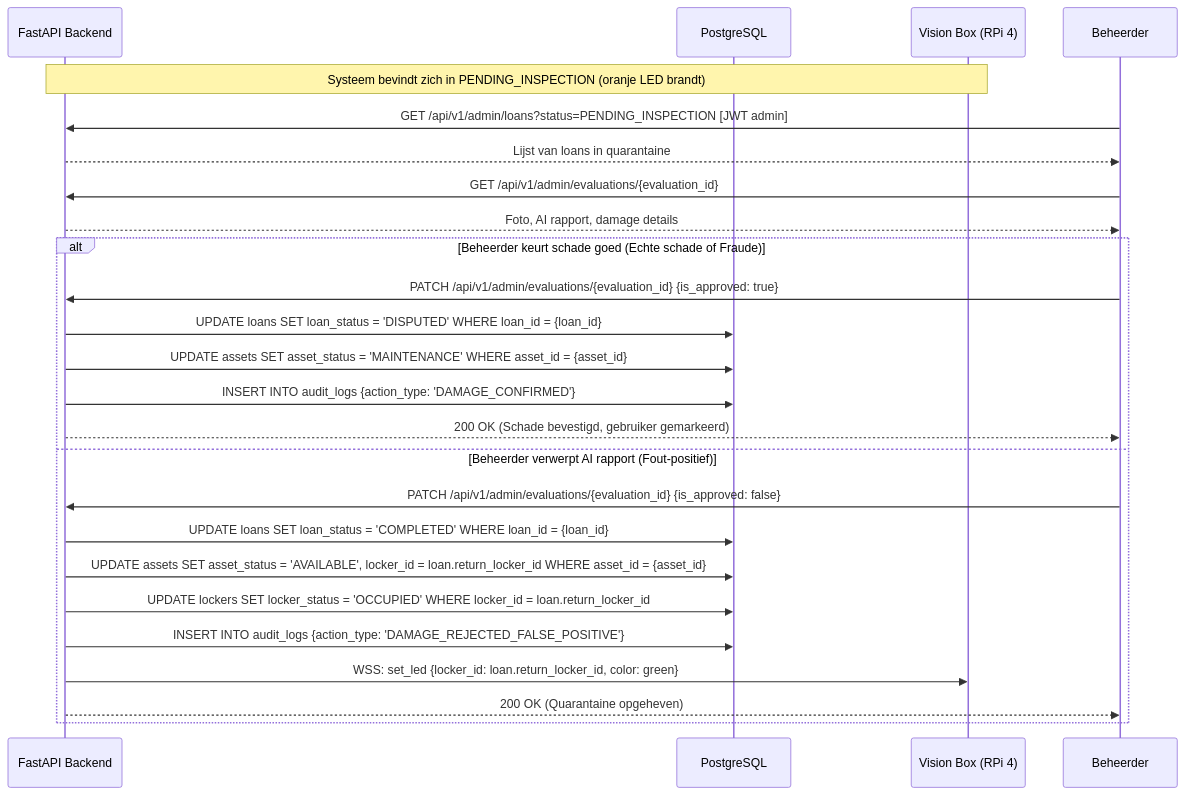
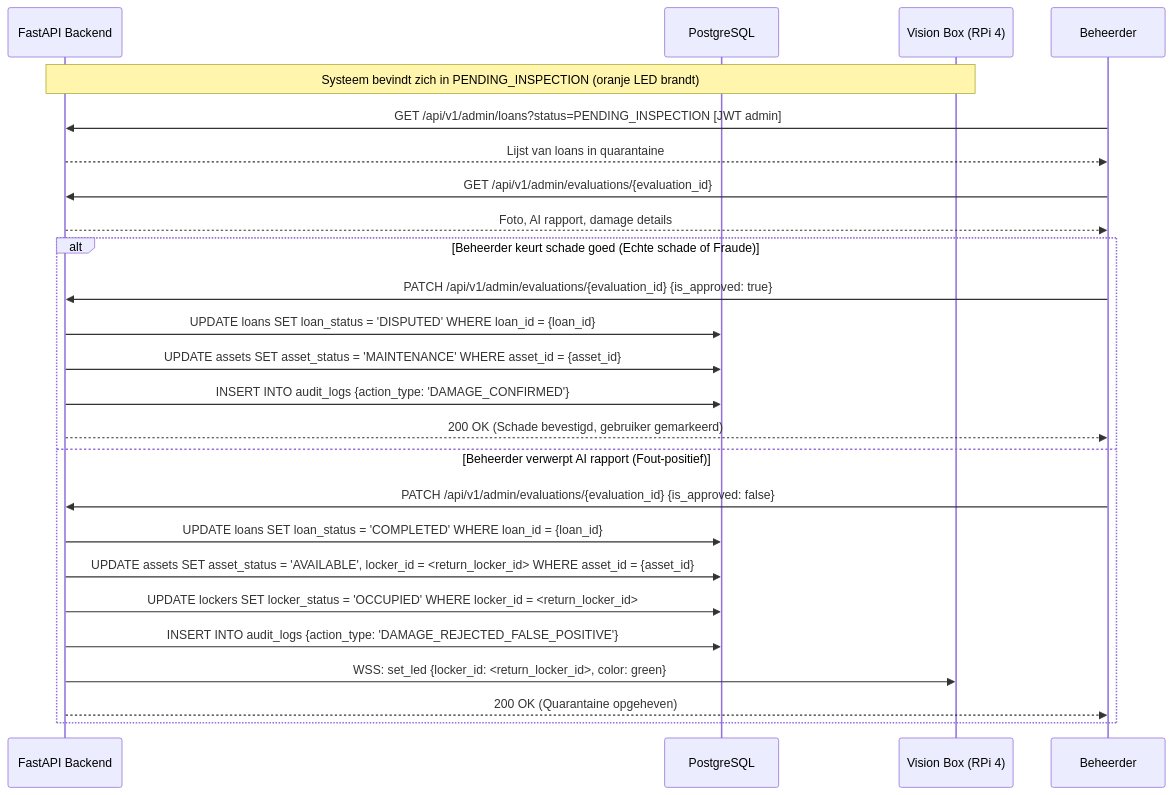
The diagram in docs/diagrams/sequence_quarantine.mmd (easylend-practice-enterprise/easylend), drawn with Mermaid before and after one commit.

Commit message:
Potential fix for pull request finding

```diff
--- a/docs/diagrams/sequence_quarantine.mmd
+++ b/docs/diagrams/sequence_quarantine.mmd
@@ -1,29 +1,29 @@
 sequenceDiagram
     participant API as FastAPI Backend
     participant DB as PostgreSQL
     participant VB as Vision Box (RPi 4)
     participant Admin as Beheerder
 
     Note over API,VB: Systeem bevindt zich in PENDING_INSPECTION (oranje LED brandt)
 
     Admin->>API: GET /api/v1/admin/loans?status=PENDING_INSPECTION [JWT admin]
     API-->>Admin: Lijst van loans in quarantaine
 
     Admin->>API: GET /api/v1/admin/evaluations/{evaluation_id}
     API-->>Admin: Foto, AI rapport, damage details
 
     alt Beheerder keurt schade goed (Echte schade of Fraude)
         Admin->>API: PATCH /api/v1/admin/evaluations/{evaluation_id} {is_approved: true}
         API->>DB: UPDATE loans SET loan_status = 'DISPUTED' WHERE loan_id = {loan_id}
         API->>DB: UPDATE assets SET asset_status = 'MAINTENANCE' WHERE asset_id = {asset_id}
         API->>DB: INSERT INTO audit_logs {action_type: 'DAMAGE_CONFIRMED'}
         API-->>Admin: 200 OK (Schade bevestigd, gebruiker gemarkeerd)
     else Beheerder verwerpt AI rapport (Fout-positief)
         Admin->>API: PATCH /api/v1/admin/evaluations/{evaluation_id} {is_approved: false}
         API->>DB: UPDATE loans SET loan_status = 'COMPLETED' WHERE loan_id = {loan_id}
-        API->>DB: UPDATE assets SET asset_status = 'AVAILABLE', locker_id = loan.return_locker_id WHERE asset_id = {asset_id}
-        API->>DB: UPDATE lockers SET locker_status = 'OCCUPIED' WHERE locker_id = loan.return_locker_id
+        API->>DB: UPDATE assets SET asset_status = 'AVAILABLE', locker_id = <return_locker_id> WHERE asset_id = {asset_id}
+        API->>DB: UPDATE lockers SET locker_status = 'OCCUPIED' WHERE locker_id = <return_locker_id>
         API->>DB: INSERT INTO audit_logs {action_type: 'DAMAGE_REJECTED_FALSE_POSITIVE'}
-        API->>VB: WSS: set_led {locker_id: loan.return_locker_id, color: green}
+        API->>VB: WSS: set_led {locker_id: <return_locker_id>, color: green}
         API-->>Admin: 200 OK (Quarantaine opgeheven)
     end
```
